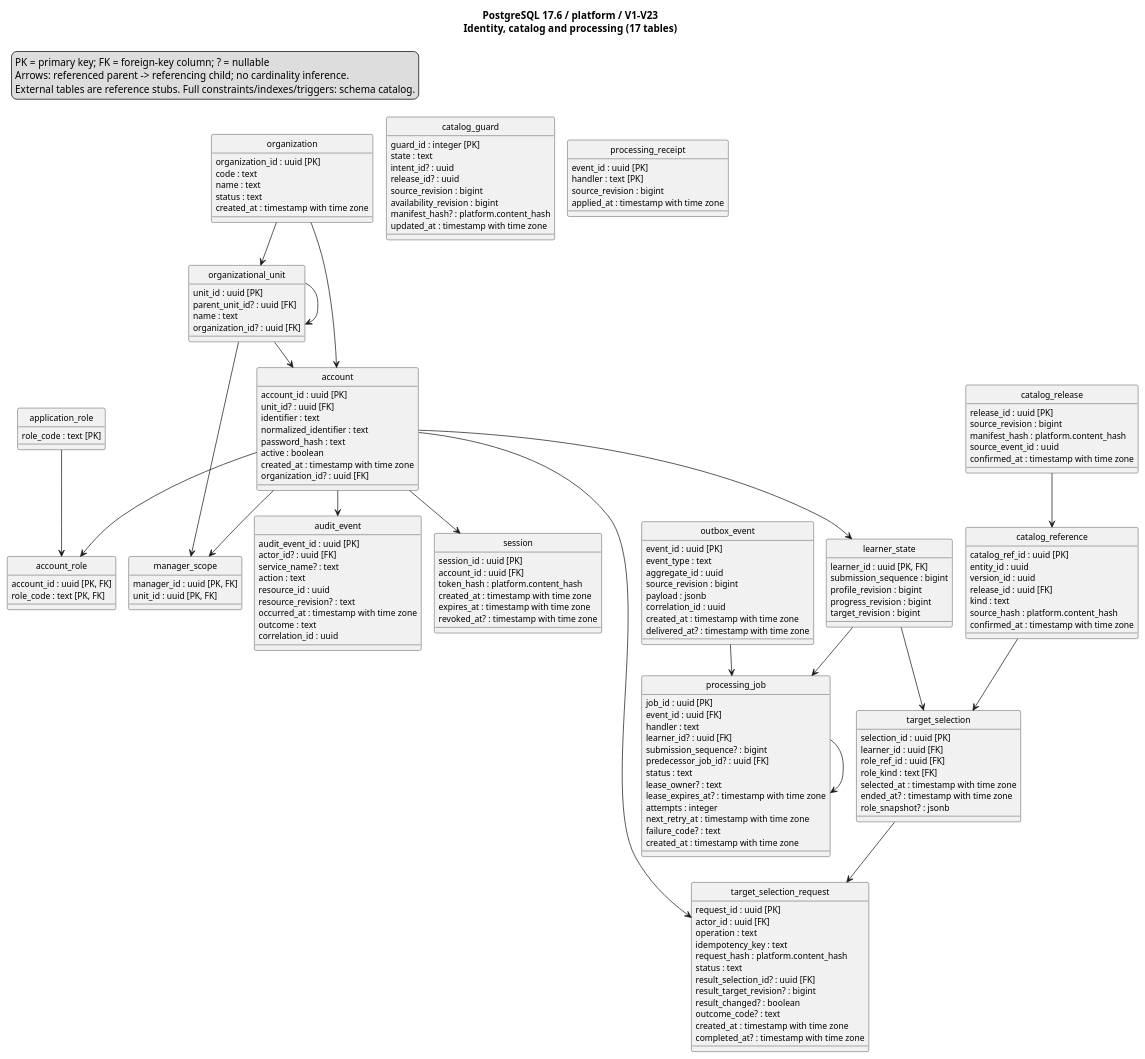
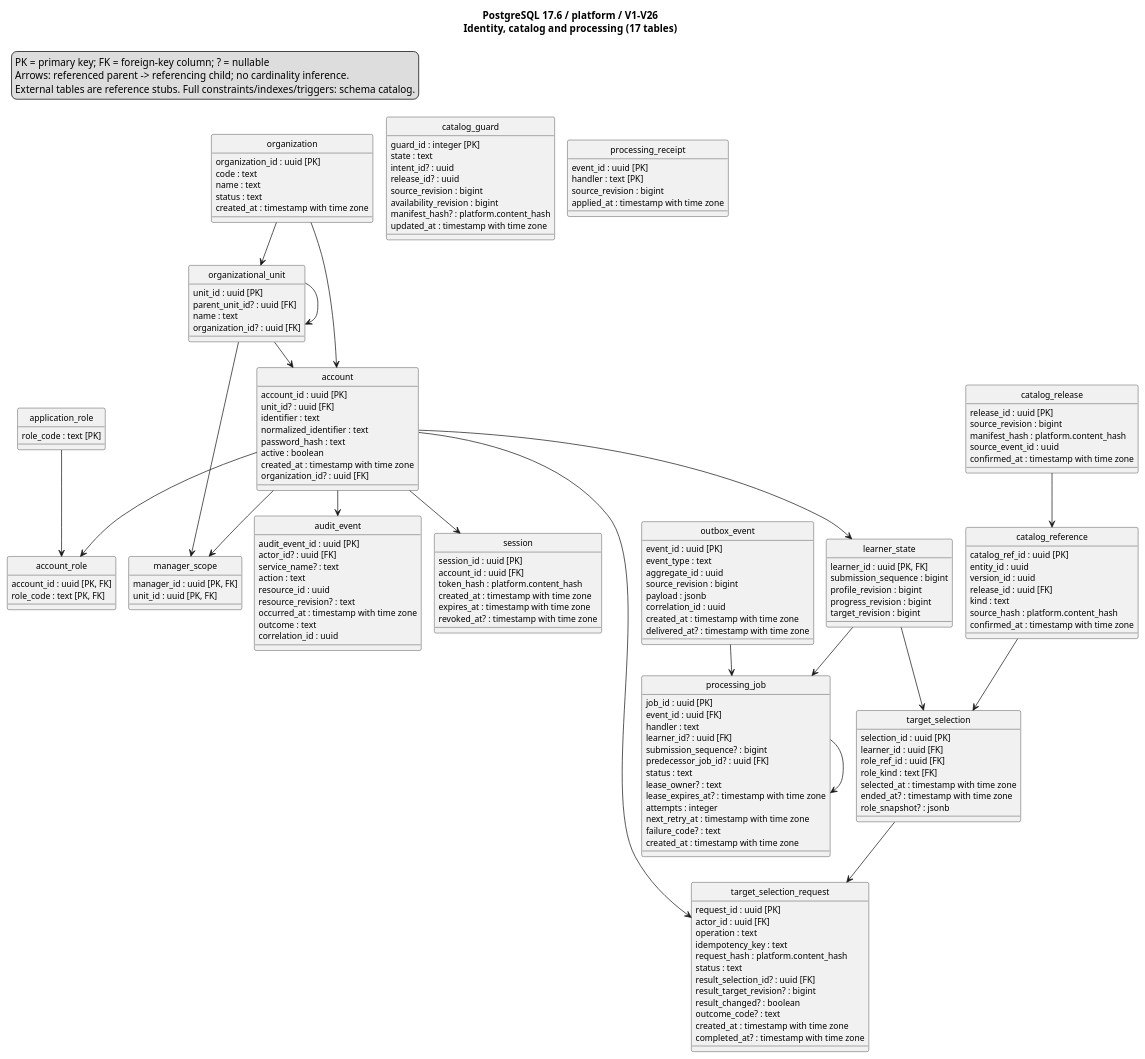
The diagram in documents/diagrams/postgresql.puml (SEP490-Fall-2026-GFA26SE64/SEP490), drawn with PlantUML before and after one commit. The commit also changed 28 other files, not shown here.

Commit message:
docs: refresh verified V26 schema and catalog diagrams

```diff
--- a/documents/diagrams/postgresql.puml
+++ b/documents/diagrams/postgresql.puml
@@ -1,174 +1,174 @@
 @startuml
 !pragma layout smetana
 top to bottom direction
 skinparam shadowing false
 hide circle
 skinparam classAttributeIconSize 0
 skinparam defaultFontName SansSerif
 skinparam defaultFontSize 12
-title PostgreSQL 17.6 / platform / V1-V23\nIdentity, catalog and processing (17 tables)
+title PostgreSQL 17.6 / platform / V1-V26\nIdentity, catalog and processing (17 tables)
 legend top left
 PK = primary key; FK = foreign-key column; ? = nullable
 Arrows: referenced parent -> referencing child; no cardinality inference.
 External tables are reference stubs. Full constraints/indexes/triggers: schema catalog.
 endlegend
 class organization {
   organization_id : uuid [PK]
   code : text
   name : text
   status : text
   created_at : timestamp with time zone
 }
 class organizational_unit {
   unit_id : uuid [PK]
   parent_unit_id? : uuid [FK]
   name : text
   organization_id? : uuid [FK]
 }
 class account {
   account_id : uuid [PK]
   unit_id? : uuid [FK]
   identifier : text
   normalized_identifier : text
   password_hash : text
   active : boolean
   created_at : timestamp with time zone
   organization_id? : uuid [FK]
 }
 class application_role {
   role_code : text [PK]
 }
 class account_role {
   account_id : uuid [PK, FK]
   role_code : text [PK, FK]
 }
 class manager_scope {
   manager_id : uuid [PK, FK]
   unit_id : uuid [PK, FK]
 }
 class session {
   session_id : uuid [PK]
   account_id : uuid [FK]
   token_hash : platform.content_hash
   created_at : timestamp with time zone
   expires_at : timestamp with time zone
   revoked_at? : timestamp with time zone
 }
 class learner_state {
   learner_id : uuid [PK, FK]
   submission_sequence : bigint
   profile_revision : bigint
   progress_revision : bigint
   target_revision : bigint
 }
 class catalog_guard {
   guard_id : integer [PK]
   state : text
   intent_id? : uuid
   release_id? : uuid
   source_revision : bigint
   availability_revision : bigint
   manifest_hash? : platform.content_hash
   updated_at : timestamp with time zone
 }
 class catalog_release {
   release_id : uuid [PK]
   source_revision : bigint
   manifest_hash : platform.content_hash
   source_event_id : uuid
   confirmed_at : timestamp with time zone
 }
 class catalog_reference {
   catalog_ref_id : uuid [PK]
   entity_id : uuid
   version_id : uuid
   release_id : uuid [FK]
   kind : text
   source_hash : platform.content_hash
   confirmed_at : timestamp with time zone
 }
 class target_selection {
   selection_id : uuid [PK]
   learner_id : uuid [FK]
   role_ref_id : uuid [FK]
   role_kind : text [FK]
   selected_at : timestamp with time zone
   ended_at? : timestamp with time zone
   role_snapshot? : jsonb
 }
 class target_selection_request {
   request_id : uuid [PK]
   actor_id : uuid [FK]
   operation : text
   idempotency_key : text
   request_hash : platform.content_hash
   status : text
   result_selection_id? : uuid [FK]
   result_target_revision? : bigint
   result_changed? : boolean
   outcome_code? : text
   created_at : timestamp with time zone
   completed_at? : timestamp with time zone
 }
 class outbox_event {
   event_id : uuid [PK]
   event_type : text
   aggregate_id : uuid
   source_revision : bigint
   payload : jsonb
   correlation_id : uuid
   created_at : timestamp with time zone
   delivered_at? : timestamp with time zone
 }
 class processing_job {
   job_id : uuid [PK]
   event_id : uuid [FK]
   handler : text
   learner_id? : uuid [FK]
   submission_sequence? : bigint
   predecessor_job_id? : uuid [FK]
   status : text
   lease_owner? : text
   lease_expires_at? : timestamp with time zone
   attempts : integer
   next_retry_at : timestamp with time zone
   failure_code? : text
   created_at : timestamp with time zone
 }
 class processing_receipt {
   event_id : uuid [PK]
   handler : text [PK]
   source_revision : bigint
   applied_at : timestamp with time zone
 }
 class audit_event {
   audit_event_id : uuid [PK]
   actor_id? : uuid [FK]
   service_name? : text
   action : text
   resource_id : uuid
   resource_revision? : text
   occurred_at : timestamp with time zone
   outcome : text
   correlation_id : uuid
 }
 account --> account_role
 account --> audit_event
 account --> learner_state
 account --> manager_scope
 account --> session
 account --> target_selection_request
 application_role --> account_role
 catalog_reference --> target_selection
 catalog_release --> catalog_reference
 learner_state --> processing_job
 learner_state --> target_selection
 organization --> account
 organization --> organizational_unit
 organizational_unit --> account
 organizational_unit --> manager_scope
 organizational_unit --> organizational_unit
 outbox_event --> processing_job
 processing_job --> processing_job
 target_selection --> target_selection_request
 @enduml
```
